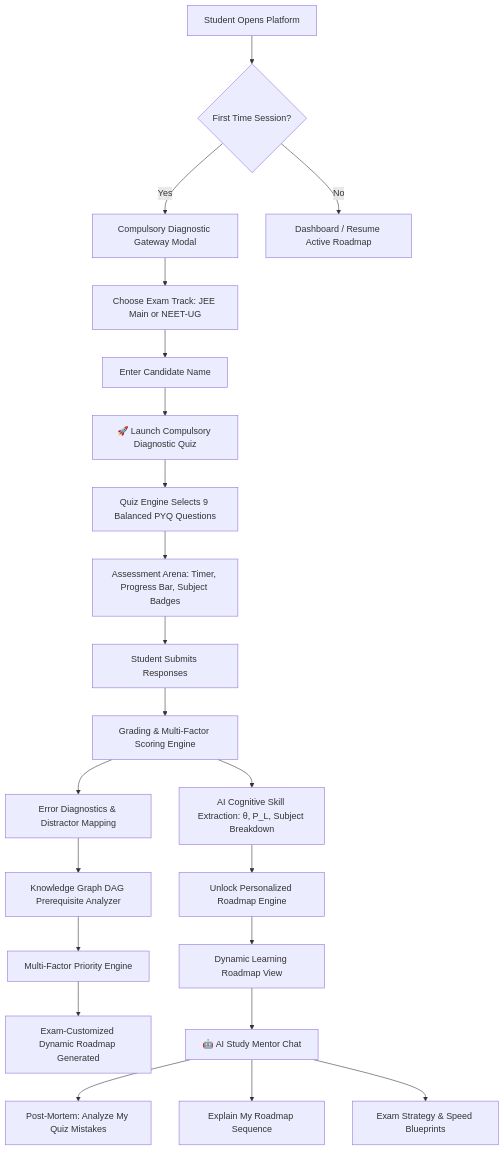
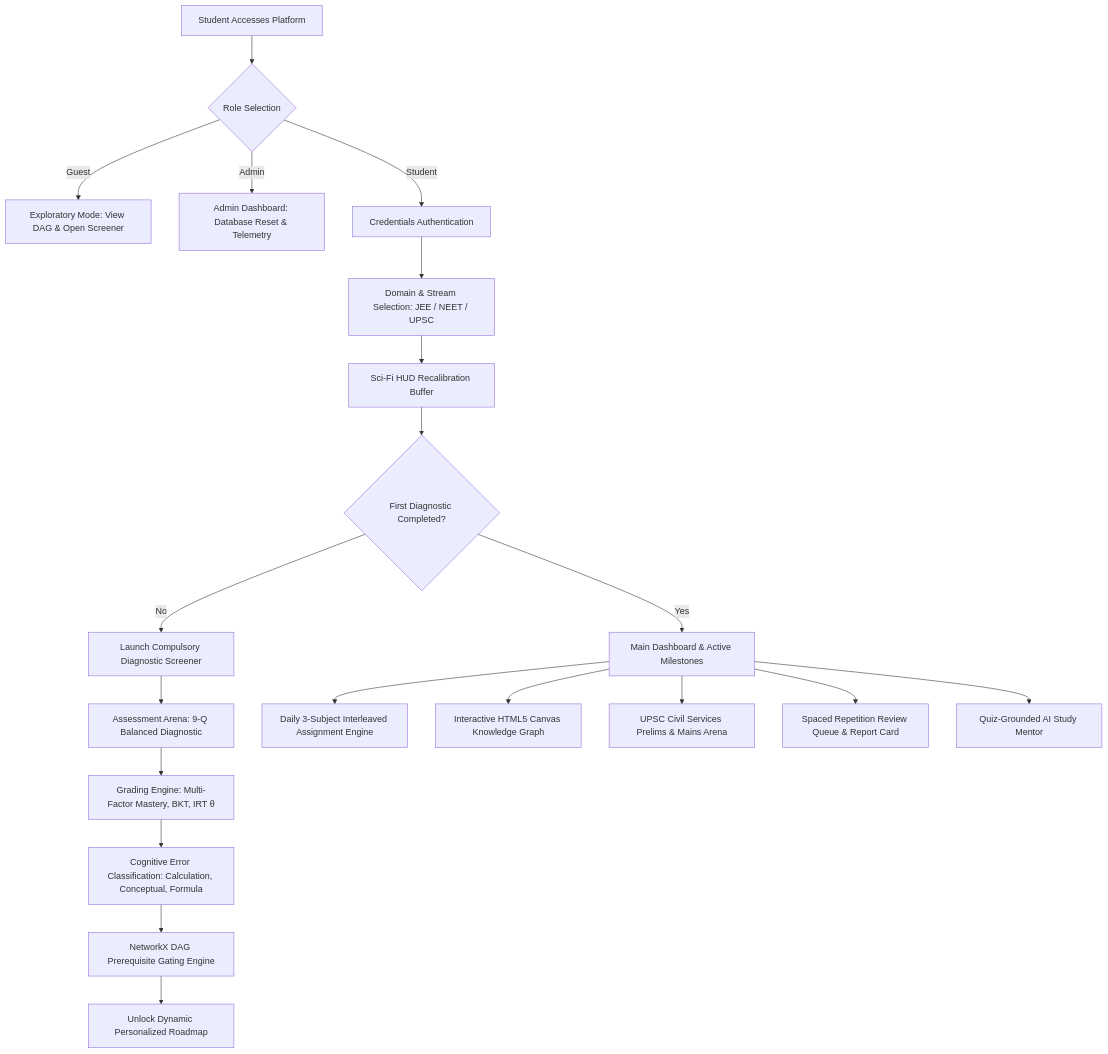
Before and after one commit to CodeStrikerMayank/generate: the diagram in SYSTEM_MANUAL_AND_ARCHITECTURE.md, drawn with Mermaid. The commit also changed other lines of this file, not shown here.

Commit message:
docs: update SYSTEM_MANUAL_AND_ARCHITECTURE.md to v4.4 with complete system architecture and latest features

````diff
--- a/SYSTEM_MANUAL_AND_ARCHITECTURE.md
+++ b/SYSTEM_MANUAL_AND_ARCHITECTURE.md
@@ -43,30 +53,26 @@
 ```mermaid
 flowchart TD
-    A[Student Opens Platform] --> B{First Time Session?}
-    B -->|Yes| C[Compulsory Diagnostic Gateway Modal]
-    B -->|No| D[Dashboard / Resume Active Roadmap]
+    A[Student Accesses Platform] --> B{Role Selection}
+    B -->|Guest| C[Exploratory Mode: View DAG & Open Screener]
+    B -->|Admin| D[Admin Dashboard: Database Reset & Telemetry]
+    B -->|Student| E[Credentials Authentication]
     
-    C --> E[Choose Exam Track: JEE Main or NEET-UG]
-    E --> F[Enter Candidate Name]
-    F --> G[🚀 Launch Compulsory Diagnostic Quiz]
+    E --> F[Domain & Stream Selection: JEE / NEET / UPSC]
+    F --> G[Sci-Fi HUD Recalibration Buffer]
+    G --> H{First Diagnostic Completed?}
     
-    G --> H[Quiz Engine Selects 9 Balanced PYQ Questions]
-    H --> I[Assessment Arena: Timer, Progress Bar, Subject Badges]
-    I --> J[Student Submits Responses]
+    H -->|No| I[Launch Compulsory Diagnostic Screener]
+    H -->|Yes| J[Main Dashboard & Active Milestones]
     
-    J --> K[Grading & Multi-Factor Scoring Engine]
-    K --> L[AI Cognitive Skill Extraction: θ, P_L, Subject Breakdown]
-    K --> M[Error Diagnostics & Distractor Mapping]
+    I --> K[Assessment Arena: 9-Q Balanced Diagnostic]
+    K --> L[Grading Engine: Multi-Factor Mastery, BKT, IRT θ]
+    L --> M[Cognitive Error Classification: Calculation, Conceptual, Formula]
+    M --> N[NetworkX DAG Prerequisite Gating Engine]
+    N --> O[Unlock Dynamic Personalized Roadmap]
     
-    M --> N[Knowledge Graph DAG Prerequisite Analyzer]
-    N --> O[Multi-Factor Priority Engine]
-    O --> P[Exam-Customized Dynamic Roadmap Generated]
-    
-    L --> Q[Unlock Personalized Roadmap Engine]
-    Q --> R[Dynamic Learning Roadmap View]
-    
-    R --> S[🤖 AI Study Mentor Chat]
-    S --> T[Post-Mortem: Analyze My Quiz Mistakes]
-    S --> U[Explain My Roadmap Sequence]
-    S --> V[Exam Strategy & Speed Blueprints]
+    J --> P[Daily 3-Subject Interleaved Assignment Engine]
+    J --> Q[Interactive HTML5 Canvas Knowledge Graph]
+    J --> R[UPSC Civil Services Prelims & Mains Arena]
+    J --> S[Spaced Repetition Review Queue & Report Card]
+    J --> T[Quiz-Grounded AI Study Mentor]
 ```
````
